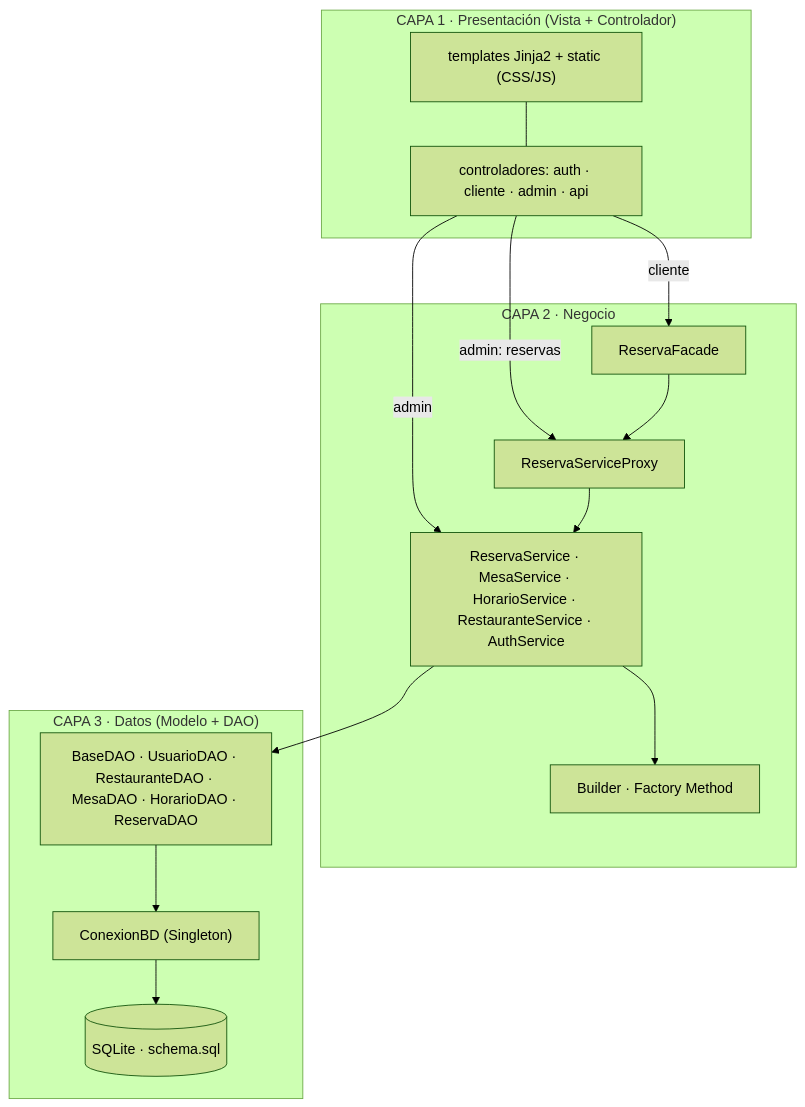
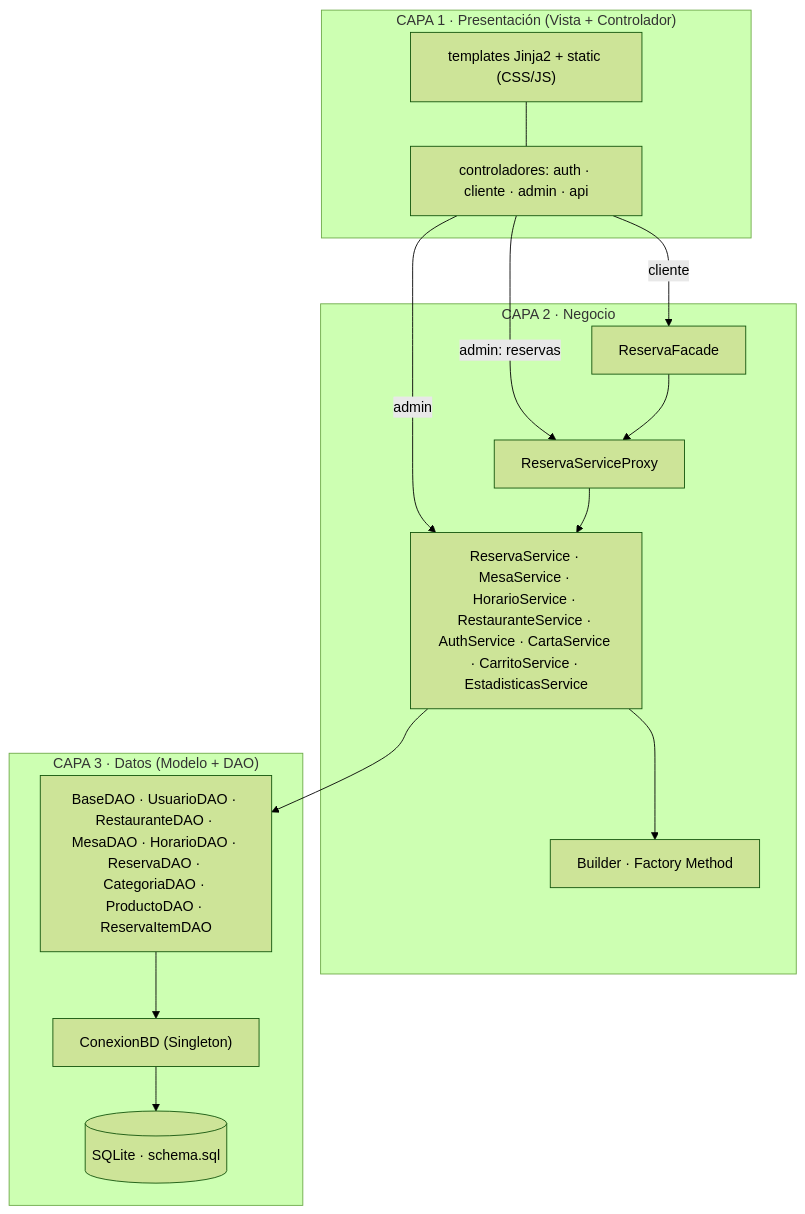
The diagram in docs/arquitectura_tres_capas.mmd (CamiloDG07/Parcial-Tellez), drawn with Mermaid (forest theme) before and after one commit. The commit also changed 87 other files, not shown here.

```diff
--- a/docs/arquitectura_tres_capas.mmd
+++ b/docs/arquitectura_tres_capas.mmd
@@ -1,23 +1,23 @@
 flowchart TB
     subgraph P["CAPA 1 · Presentación (Vista + Controlador)"]
         T["templates Jinja2 + static (CSS/JS)"]
         C["controladores: auth · cliente · admin · api"]
     end
     subgraph N["CAPA 2 · Negocio"]
         F["ReservaFacade"]
         PX["ReservaServiceProxy"]
-        S["ReservaService · MesaService · HorarioService · RestauranteService · AuthService"]
+        S["ReservaService · MesaService · HorarioService · RestauranteService · AuthService · CartaService · CarritoService · EstadisticasService"]
         PT["Builder · Factory Method"]
     end
     subgraph D["CAPA 3 · Datos (Modelo + DAO)"]
-        DAO["BaseDAO · UsuarioDAO · RestauranteDAO · MesaDAO · HorarioDAO · ReservaDAO"]
+        DAO["BaseDAO · UsuarioDAO · RestauranteDAO · MesaDAO · HorarioDAO · ReservaDAO · CategoriaDAO · ProductoDAO · ReservaItemDAO"]
         CX["ConexionBD (Singleton)"]
         DB[("SQLite · schema.sql")]
     end
     T --- C
     C -->|cliente| F
     C -->|admin| S
     C -->|admin: reservas| PX
     F --> PX --> S
     S --> PT
     S --> DAO --> CX --> DB
```
